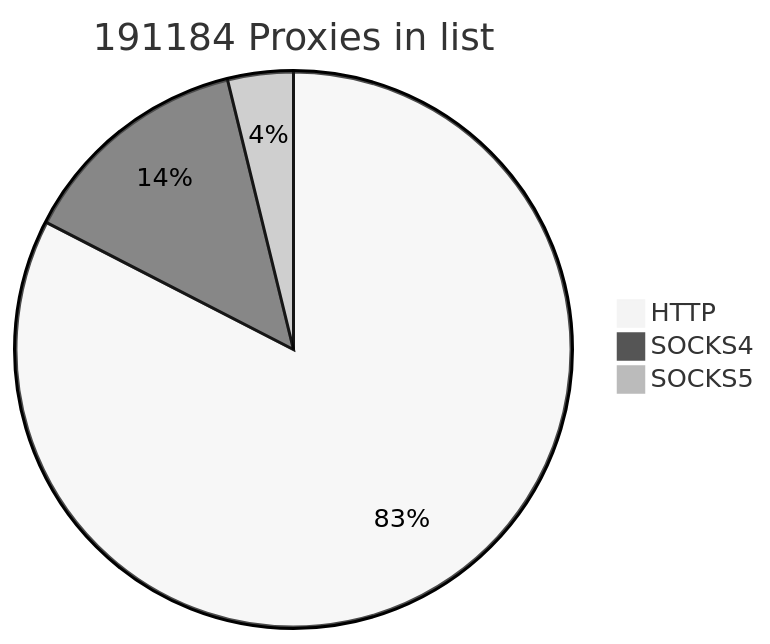
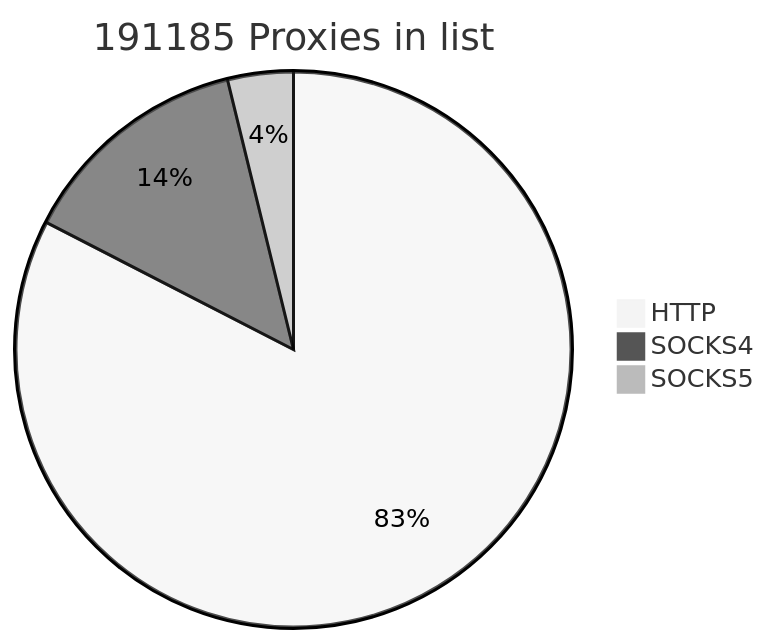
Before and after one commit to cutipu/proxylist: the first of 2 diagrams in README.md, drawn with Mermaid (neutral theme). The commit also changed other lines of this file, not shown here.

````diff
--- a/README.md
+++ b/README.md
@@ -2,7 +2,7 @@
 ```mermaid
-pie title 191184 Proxies in list
+pie title 191185 Proxies in list
     "HTTP" : 157847
     "SOCKS4" : 26036
-    "SOCKS5" : 7301
+    "SOCKS5" : 7302
             
 ```
````
